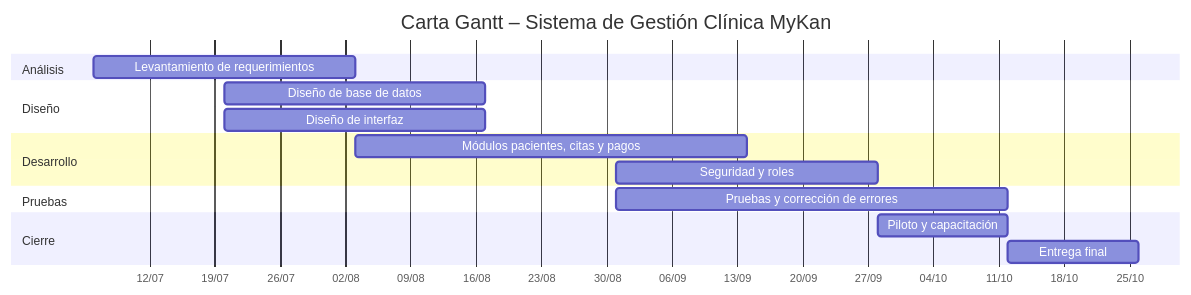
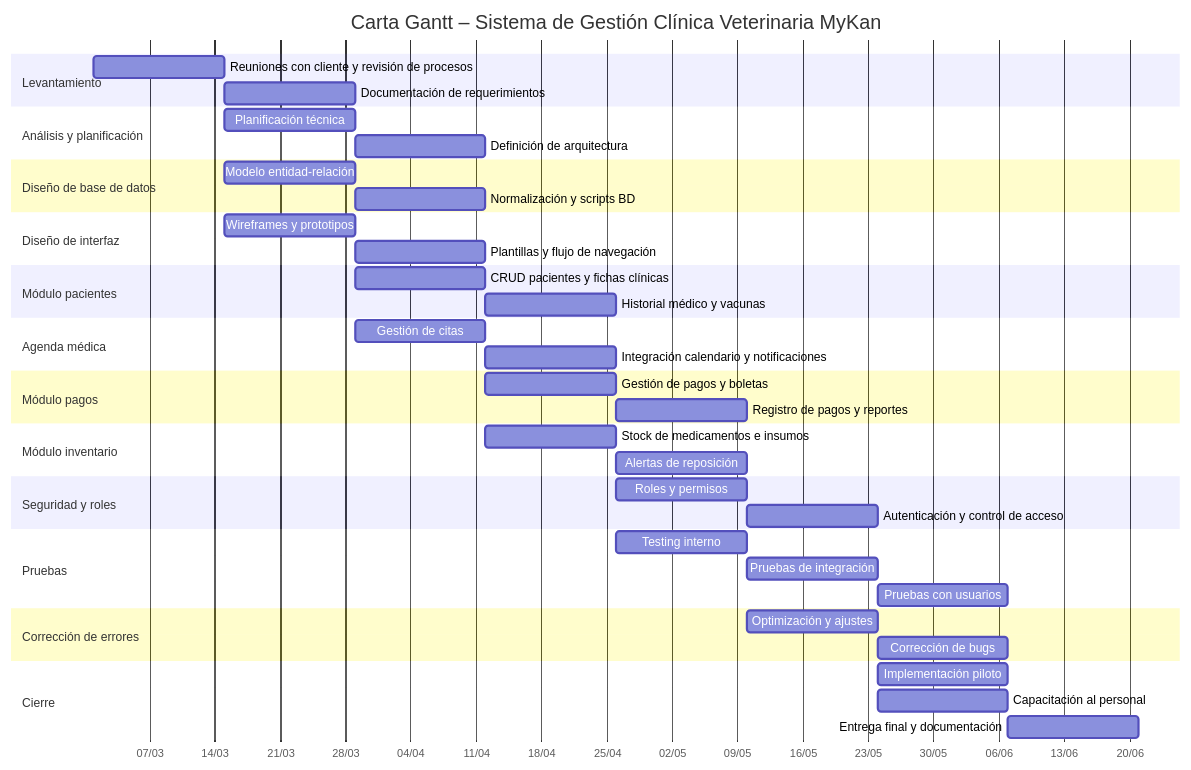
Before and after one commit to LibreLabsprojects/MyKan: the diagram in PLANIFICACION.md, drawn with Mermaid. The commit also changed other lines of this file, not shown here.

````diff
--- a/PLANIFICACION.md
+++ b/PLANIFICACION.md
@@ -6,20 +9,56 @@
 ```mermaid
 gantt
-    title Carta Gantt – Sistema de Gestión Clínica MyKan
+    title Carta Gantt – Sistema de Gestión Clínica Veterinaria MyKan
     dateFormat YYYY-MM-DD
     axisFormat %d/%m
 
-    section Análisis
-    Levantamiento de requerimientos   :a1, 2026-07-06, 4w
-    section Diseño
-    Diseño de base de datos           :a2, 2026-07-20, 4w
-    Diseño de interfaz                :a3, 2026-07-20, 4w
-    section Desarrollo
-    Módulos pacientes, citas y pagos  :a4, 2026-08-03, 6w
-    Seguridad y roles                 :a5, 2026-08-31, 4w
+    section Levantamiento
+    Reuniones con cliente y revisión de procesos   :t1, 2027-03-01, 2w
+    Documentación de requerimientos                :t2, 2027-03-15, 2w
+
+    section Análisis y planificación
+    Planificación técnica                          :t3, 2027-03-15, 2w
+    Definición de arquitectura                     :t4, 2027-03-29, 2w
+
+    section Diseño de base de datos
+    Modelo entidad-relación                        :t5, 2027-03-15, 2w
+    Normalización y scripts BD                     :t6, 2027-03-29, 2w
+
+    section Diseño de interfaz
+    Wireframes y prototipos                        :t7, 2027-03-15, 2w
+    Plantillas y flujo de navegación               :t8, 2027-03-29, 2w
+
+    section Módulo pacientes
+    CRUD pacientes y fichas clínicas               :t9, 2027-03-29, 2w
+    Historial médico y vacunas                     :t10, 2027-04-12, 2w
+
+    section Agenda médica
+    Gestión de citas                               :t11, 2027-03-29, 2w
+    Integración calendario y notificaciones        :t12, 2027-04-12, 2w
+
+    section Módulo pagos
+    Gestión de pagos y boletas                     :t13, 2027-04-12, 2w
+    Registro de pagos y reportes                   :t14, 2027-04-26, 2w
+
+    section Módulo inventario
+    Stock de medicamentos e insumos                :t15, 2027-04-12, 2w
+    Alertas de reposición                          :t16, 2027-04-26, 2w
+
+    section Seguridad y roles
+    Roles y permisos                               :t17, 2027-04-26, 2w
+    Autenticación y control de acceso              :t18, 2027-05-10, 2w
+
     section Pruebas
-    Pruebas y corrección de errores   :a6, 2026-08-31, 6w
+    Testing interno                                :t19, 2027-04-26, 2w
+    Pruebas de integración                         :t20, 2027-05-10, 2w
+    Pruebas con usuarios                           :t21, 2027-05-24, 2w
+
+    section Corrección de errores
+    Optimización y ajustes                         :t22, 2027-05-10, 2w
+    Corrección de bugs                             :t23, 2027-05-24, 2w
+
     section Cierre
-    Piloto y capacitación             :a7, 2026-09-28, 2w
-    Entrega final                     :a8, 2026-10-12, 2w
+    Implementación piloto                          :t24, 2027-05-24, 2w
+    Capacitación al personal                       :t25, 2027-05-24, 2w
+    Entrega final y documentación                  :t26, 2027-06-07, 2w
 ```
````
